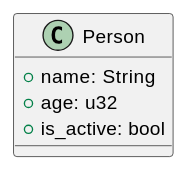
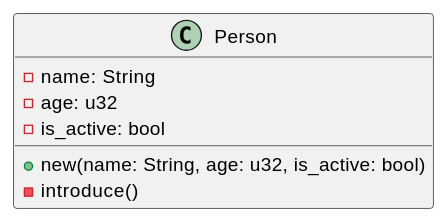
The diagram in resources/simple_struct.adoc (Frauscher-Sensortechnology/rustitect), drawn with PlantUML before and after one commit. The commit also changed other lines of this file and 9 other files, not shown here.

```diff
--- a/resources/simple_struct.adoc
+++ b/resources/simple_struct.adoc
@@ -3,12 +3,14 @@
 [plantuml]
 ----
 @startuml
 
 class "Person" {
-    + name: String
-    + age: u32
-    + is_active: bool
+    - name: String
+    - age: u32
+    - is_active: bool
+    + new(name: String, age: u32, is_active: bool)
+    - introduce()
 }
 
 @enduml
 ----
```
